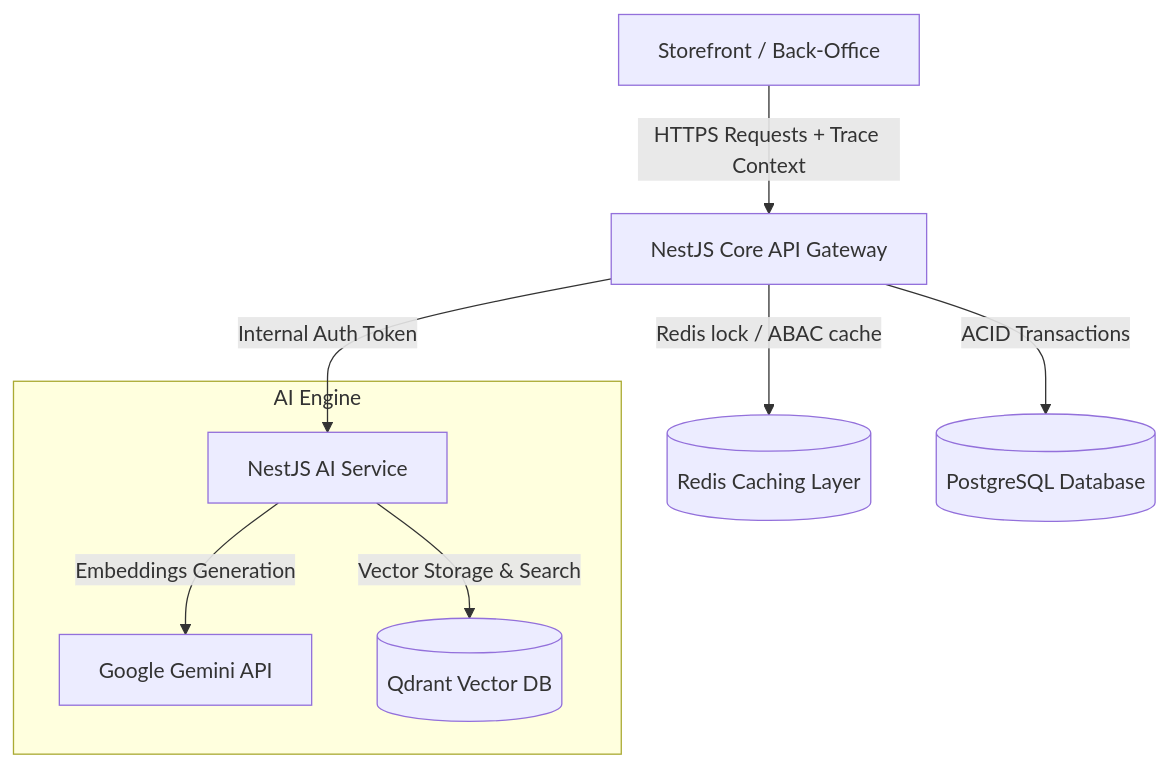
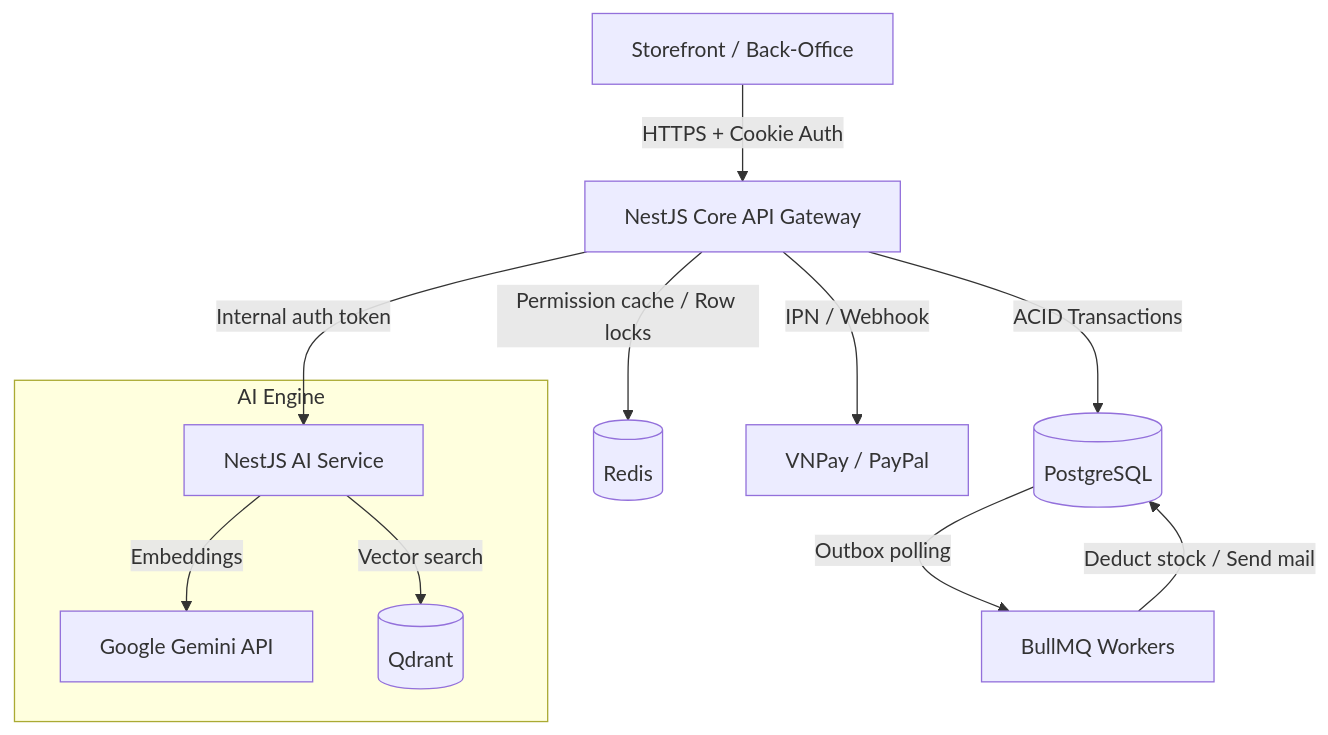
The first of 2 diagrams in README.md (pthawng/E-Commerce), drawn with Mermaid before and after one commit. The commit also changed other lines of this file, not shown here.

````diff
--- a/README.md
+++ b/README.md
@@ -31,12 +33,15 @@
 ```mermaid
 graph TD
-    Client[Storefront / Back-Office] -->|HTTPS Requests + Trace Context| Gateway[NestJS Core API Gateway]
-    Gateway -->|Redis lock / ABAC cache| Redis[(Redis Caching Layer)]
-    Gateway -->|ACID Transactions| PostgreSQL[(PostgreSQL Database)]
-    Gateway -->|Internal Auth Token| AIService[NestJS AI Service]
-    
+    Client[Storefront / Back-Office] -->|HTTPS + Cookie Auth| Gateway[NestJS Core API Gateway]
+    Gateway -->|Permission cache / Row locks| Redis[(Redis)]
+    Gateway -->|ACID Transactions| PostgreSQL[(PostgreSQL)]
+    Gateway -->|Internal auth token| AIService[NestJS AI Service]
+    Gateway -->|IPN / Webhook| PayGW[VNPay / PayPal]
+    PostgreSQL -->|Outbox polling| BullMQ[BullMQ Workers]
+    BullMQ -->|Deduct stock / Send mail| PostgreSQL
+
     subgraph AI Engine
-        AIService -->|Embeddings Generation| Gemini[Google Gemini API]
-        AIService -->|Vector Storage & Search| Qdrant[(Qdrant Vector DB)]
+        AIService -->|Embeddings| Gemini[Google Gemini API]
+        AIService -->|Vector search| Qdrant[(Qdrant)]
     end
 ```
````
